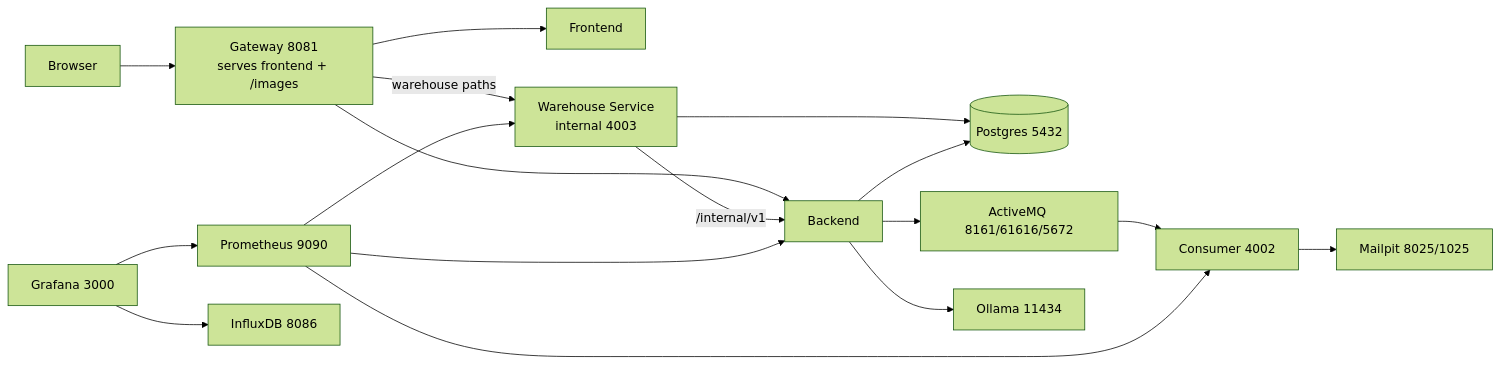
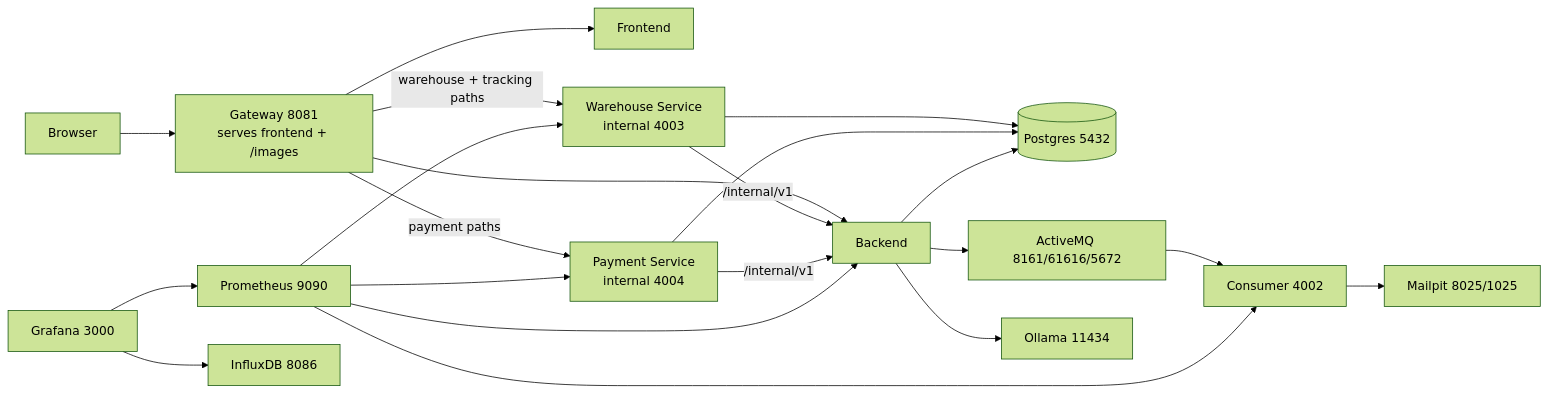
Before and after one commit to slawekradzyminski/awesome-localstack: the second of 3 diagrams in docs/PROFILE_URLS.md, drawn with Mermaid (forest theme). The commit also changed other lines of this file and 41 other files, not shown here.

````diff
--- a/docs/PROFILE_URLS.md
+++ b/docs/PROFILE_URLS.md
@@ -54,19 +58,23 @@
 ```mermaid
 flowchart LR
     U[Browser] --> G[Gateway 8081<br/>serves frontend + /images]
     G --> F[Frontend]
     G --> B[Backend]
-    G -->|warehouse paths| W[Warehouse Service<br/>internal 4003]
+    G -->|warehouse + tracking paths| W[Warehouse Service<br/>internal 4003]
+    G -->|payment paths| PS[Payment Service<br/>internal 4004]
     W -->|/internal/v1| B
+    PS -->|/internal/v1| B
     W --> DB
+    PS --> DB
     B --> DB[(Postgres 5432)]
     B --> MQ[ActiveMQ 8161/61616/5672]
     MQ --> C[Consumer 4002]
     C --> M[Mailpit 8025/1025]
     B --> O[Ollama 11434]
     P[Prometheus 9090] --> B
     P --> C
     P --> W
+    P --> PS
     GR[Grafana 3000] --> P
     GR --> I[InfluxDB 8086]
 ```
````
